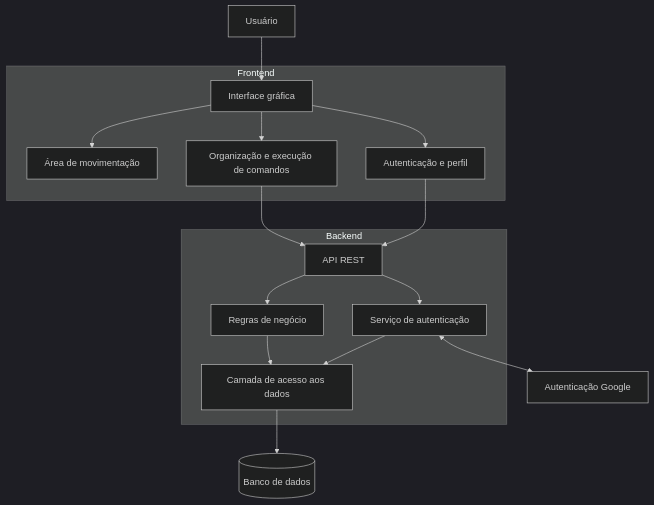
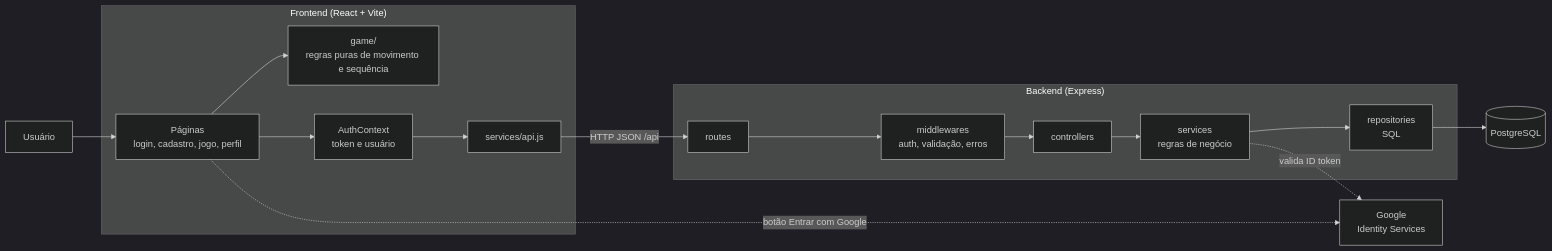
One commit to lodestaarz/Projeto-Oficina2 changed the first of 2 diagrams in docs/arquitetura-sistema.md. Above: the diagram before and after it, drawn with Mermaid (dark theme). The commit also changed other lines of this file, not shown here.

````diff
--- a/docs/arquitetura-sistema.md
+++ b/docs/arquitetura-sistema.md
@@ -98,35 +11,31 @@
 ```mermaid
-flowchart TD
+flowchart LR
     U[Usuário]
 
-    subgraph Frontend["Frontend"]
-        I[Interface gráfica]
-        M[Área de movimentação]
-        C[Organização e execução de comandos]
-        A[Autenticação e perfil]
+    subgraph FE["Frontend (React + Vite)"]
+        P[Páginas<br/>login, cadastro, jogo, perfil]
+        G[game/<br/>regras puras de movimento e sequência]
+        AC[AuthContext<br/>token e usuário]
+        S[services/api.js]
     end
 
-    subgraph Backend["Backend"]
-        API[API REST]
-        AUTH[Serviço de autenticação]
-        LOGIC[Regras de negócio]
-        DATA[Camada de acesso aos dados]
+    subgraph BE["Backend (Express)"]
+        R[routes]
+        MW[middlewares<br/>auth, validação, erros]
+        C[controllers]
+        SV[services<br/>regras de negócio]
+        RP[repositories<br/>SQL]
     end
 
-    DB[(Banco de dados)]
-    GOOGLE[Autenticação Google]
+    DB[(PostgreSQL)]
+    GO[Google<br/>Identity Services]
 
-    U --> I
-    I --> M
-    I --> C
-    I --> A
-
-    A --> API
-    C --> API
-    API --> AUTH
-    API --> LOGIC
-    AUTH --> DATA
-    LOGIC --> DATA
-    DATA --> DB
-    AUTH <--> GOOGLE
+    U --> P
+    P --> G
+    P --> AC
+    AC --> S
+    S -- "HTTP JSON /api" --> R
+    R --> MW --> C --> SV --> RP --> DB
+    P -. "botão Entrar com Google" .-> GO
+    SV -. "valida ID token" .-> GO
 ```
````
